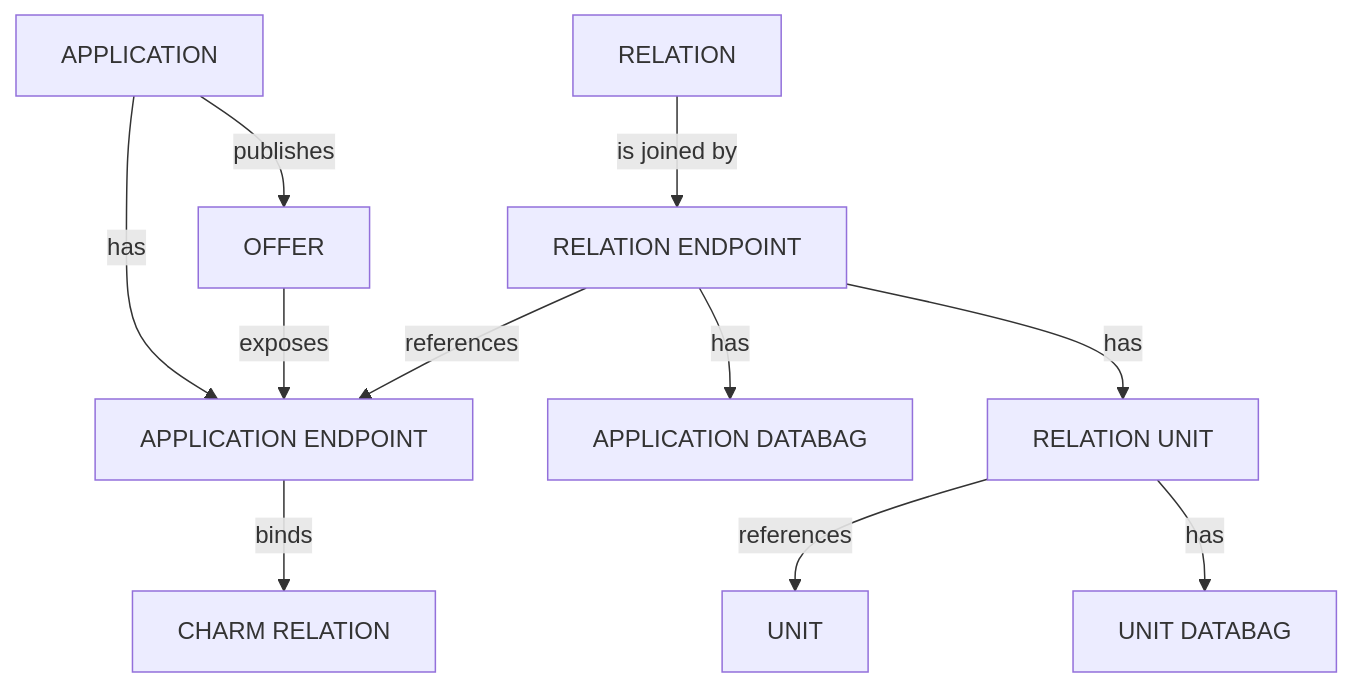
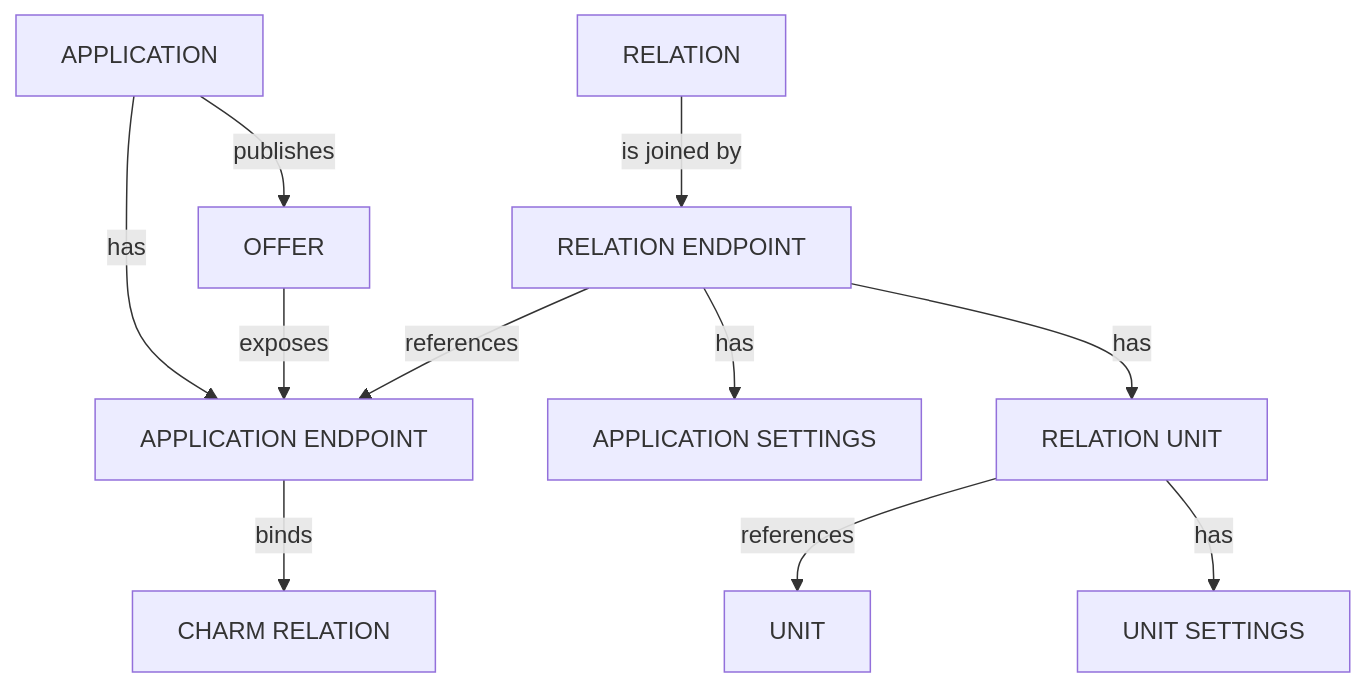
One commit to juju/juju changed diagram 26 of 31 in docs/explanation/juju-architecture.md. Above: the diagram before and after it, drawn with Mermaid. The commit also changed other lines of this file and 5 other files, not shown here.

Commit message:
docs: the settings-first vocabulary sweeps the remaining databag mentions

````diff
--- a/docs/explanation/juju-architecture.md
+++ b/docs/explanation/juju-architecture.md
@@ -1162,15 +1162,15 @@
 ```{mermaid}
 %%{init: {"flowchart": {"htmlLabels": true}} }%%
 flowchart TB
     APPLICATION -->|"has"| APPLICATION_ENDPOINT["APPLICATION ENDPOINT"]
     APPLICATION_ENDPOINT -->|"binds"| CHARM_RELATION["CHARM RELATION"]
     RELATION -->|"is joined by"| RELATION_ENDPOINT["RELATION ENDPOINT"]
     RELATION_ENDPOINT -->|"references"| APPLICATION_ENDPOINT
-    RELATION_ENDPOINT -->|"has"| RELATION_APP_DATABAG["APPLICATION DATABAG"]
+    RELATION_ENDPOINT -->|"has"| RELATION_APP_SETTINGS["APPLICATION SETTINGS"]
     RELATION_ENDPOINT -->|"has"| RELATION_UNIT["RELATION UNIT"]
     RELATION_UNIT -->|"references"| UNIT
-    RELATION_UNIT -->|"has"| RELATION_UNIT_DATABAG["UNIT DATABAG"]
+    RELATION_UNIT -->|"has"| RELATION_UNIT_SETTINGS["UNIT SETTINGS"]
 
     APPLICATION -->|"publishes"| OFFER
     OFFER -->|"exposes"| APPLICATION_ENDPOINT
 ```
````
